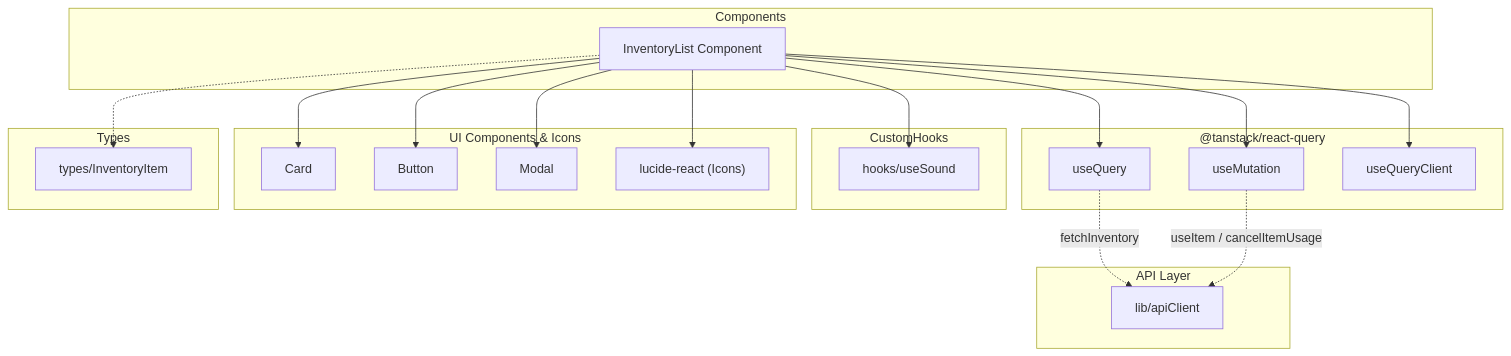
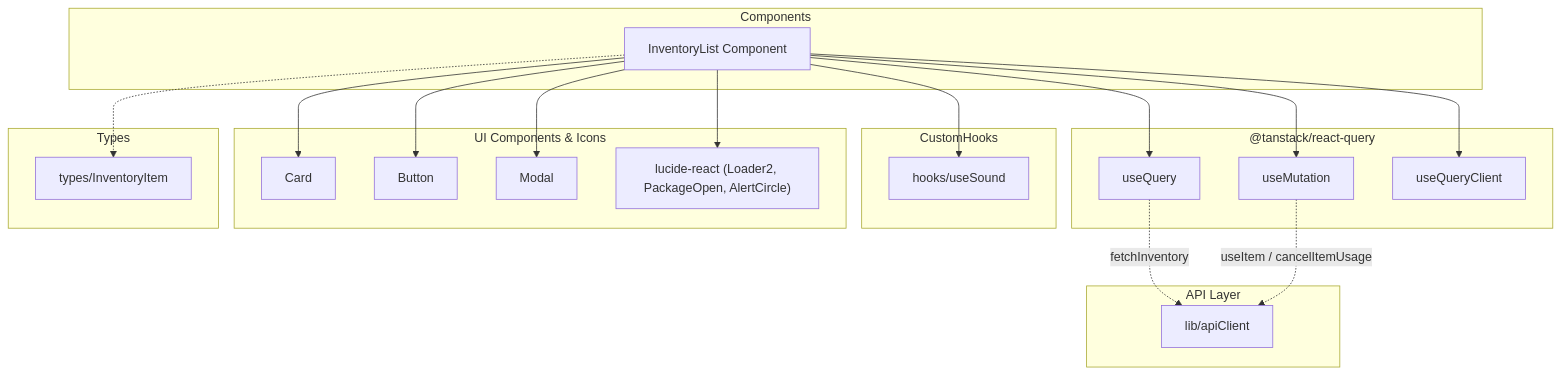
One commit to mmtigers/my_python_project changed the second of 2 diagrams in docs/specifications/family-quest/src/features/shop/components/InventoryList.md. Above: the diagram before and after it, drawn with Mermaid. The commit also changed other lines of this file and 65 other files, not shown here.

````diff
--- a/docs/specifications/family-quest/src/features/shop/components/InventoryList.md
+++ b/docs/specifications/family-quest/src/features/shop/components/InventoryList.md
@@ -123,45 +128,45 @@
 ```mermaid
 graph TD
     subgraph Components
         InventoryList["InventoryList Component"]
     end
-    
+
     subgraph ReactQuery ["@tanstack/react-query"]
         useQuery["useQuery"]
         useMutation["useMutation"]
         useQueryClient["useQueryClient"]
     end
-    
+
     subgraph CustomHooks
         useSoundHook["hooks/useSound"]
     end
-    
+
     subgraph UI ["UI Components & Icons"]
         Card["Card"]
         Button["Button"]
         Modal["Modal"]
-        Lucide["lucide-react (Icons)"]
+        Lucide["lucide-react (Loader2, PackageOpen, AlertCircle)"]
     end
-    
+
     subgraph ExternalAPI ["API Layer"]
         apiClient["lib/apiClient"]
     end
-    
+
     subgraph Types
         InventoryItem["types/InventoryItem"]
     end
 
     InventoryList --> useQuery
     InventoryList --> useMutation
     InventoryList --> useQueryClient
     InventoryList --> useSoundHook
     InventoryList --> Card
     InventoryList --> Button
     InventoryList --> Modal
     InventoryList --> Lucide
     InventoryList -.-> InventoryItem
 
     useQuery -.->|fetchInventory| apiClient
     useMutation -.->|useItem / cancelItemUsage| apiClient
 
 ```
````
